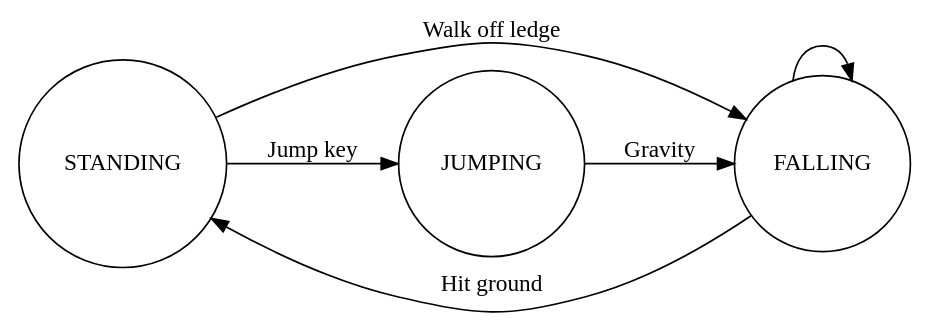
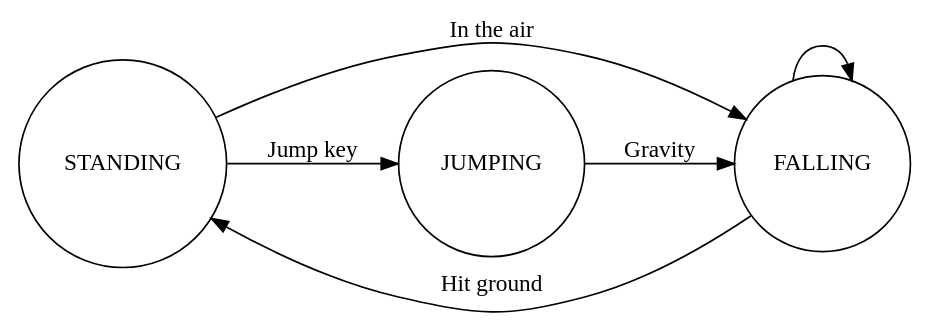
The diagram in statemachine/graphics/primitive_fsm.gv (dirak/videos), drawn with Graphviz before and after one commit. The commit also changed 22 other files, not shown here.

Commit message:
graphics changes

```diff
--- a/statemachine/graphics/primitive_fsm.gv
+++ b/statemachine/graphics/primitive_fsm.gv
@@ -1,14 +1,14 @@
 digraph finite_state_machine {
     rankdir=LR;
     size="8,5"
 		splines=true
 		overlap=scalexy;
     node [shape = circle label = "STANDING" ]; S
 		node [shape = circle label = "FALLING"  ]; F
 		node [shape = circle label = "JUMPING"  ]; J
 		S -> J [ label = "Jump key" ]
-		S -> F [ label = "Walk off ledge" ]
+		S -> F [ label = "In the air" ]
 		F -> S [ label = "Hit ground" ]
 		J -> F [ label = "Gravity" ]
 		F -> F
 }
```
